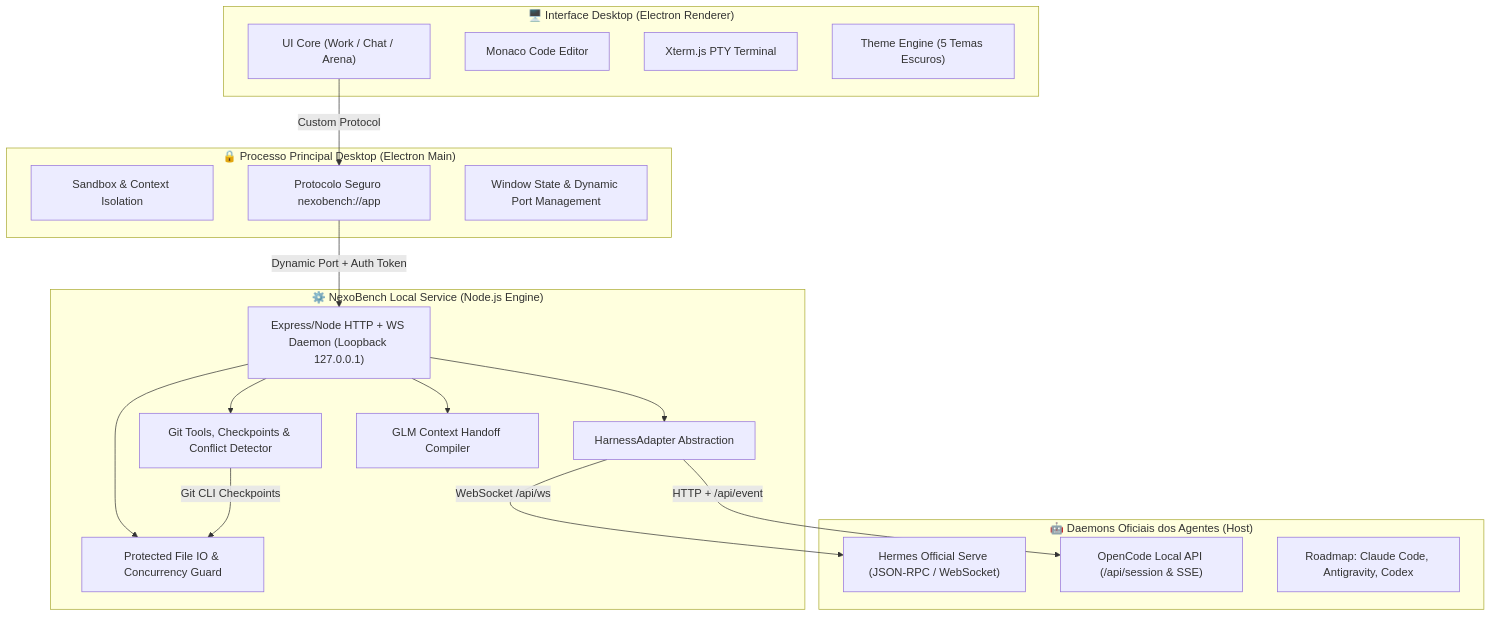
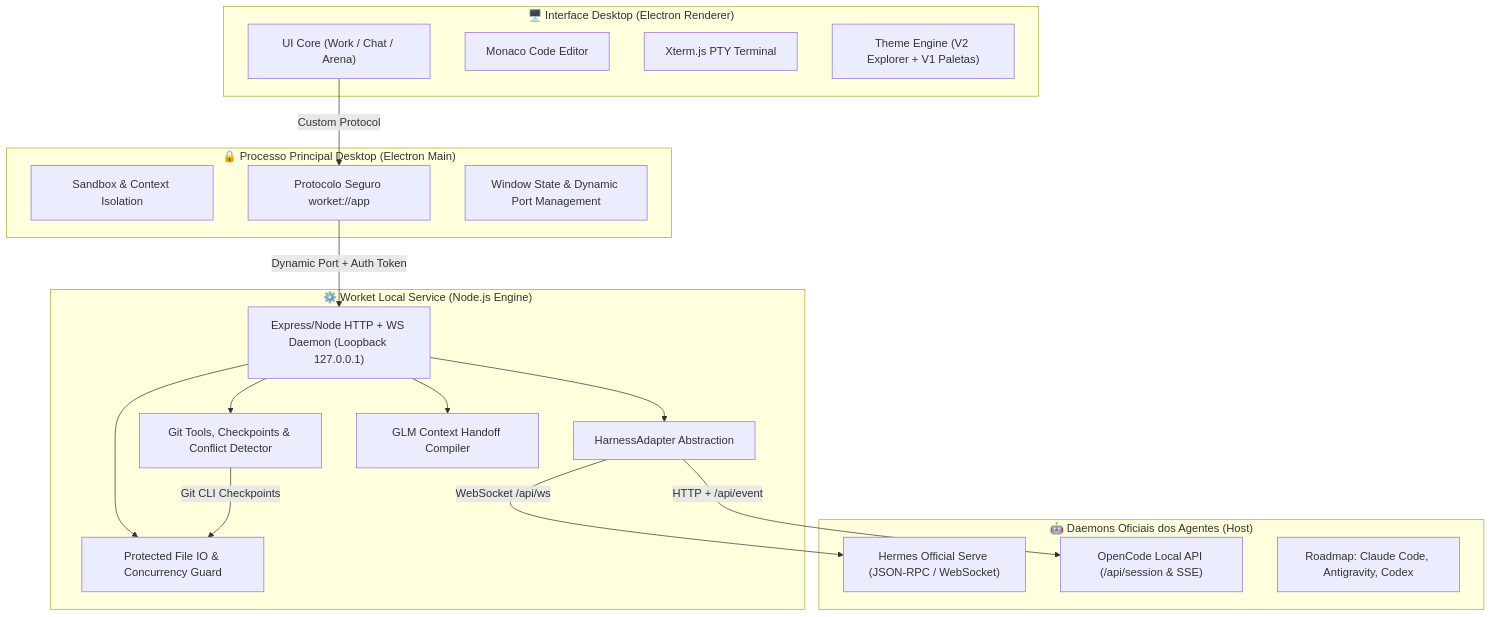
The diagram in README.md (thgyuji/nexobench-showcase), drawn with Mermaid before and after one commit. The commit also changed other lines of this file and 6 other files, not shown here.

````diff
--- a/README.md
+++ b/README.md
@@ -100,39 +100,39 @@
 ```mermaid
 flowchart TD
     subgraph Frontend["🖥️ Interface Desktop (Electron Renderer)"]
         UI["UI Core (Work / Chat / Arena)"]
         Monaco["Monaco Code Editor"]
         Xterm["Xterm.js PTY Terminal"]
-        ThemeEngine["Theme Engine (5 Temas Escuros)"]
+        ThemeEngine["Theme Engine (V2 Explorer + V1 Paletas)"]
     end
 
     subgraph DesktopHost["🔒 Processo Principal Desktop (Electron Main)"]
         IPC["Sandbox & Context Isolation"]
-        Protocols["Protocolo Seguro nexobench://app"]
+        Protocols["Protocolo Seguro worket://app"]
         WindowState["Window State & Dynamic Port Management"]
     end
 
-    subgraph Service["⚙️ NexoBench Local Service (Node.js Engine)"]
+    subgraph Service["⚙️ Worket Local Service (Node.js Engine)"]
         Server["Express/Node HTTP + WS Daemon (Loopback 127.0.0.1)"]
         AdapterCore["HarnessAdapter Abstraction"]
         GitEngine["Git Tools, Checkpoints & Conflict Detector"]
         FilesEngine["Protected File IO & Concurrency Guard"]
         GLMHandoff["GLM Context Handoff Compiler"]
     end
 
     subgraph NativeHarnesses["🤖 Daemons Oficiais dos Agentes (Host)"]
         Hermes["Hermes Official Serve (JSON-RPC / WebSocket)"]
         OpenCode["OpenCode Local API (/api/session & SSE)"]
         Roadmap["Roadmap: Claude Code, Antigravity, Codex"]
     end
 
     UI -->|Custom Protocol| Protocols
     Protocols -->|Dynamic Port + Auth Token| Server
     Server --> AdapterCore
     Server --> GitEngine
     Server --> FilesEngine
     Server --> GLMHandoff
     AdapterCore -->|WebSocket /api/ws| Hermes
     AdapterCore -->|HTTP + /api/event| OpenCode
     GitEngine -->|Git CLI Checkpoints| FilesEngine
 ```
````
